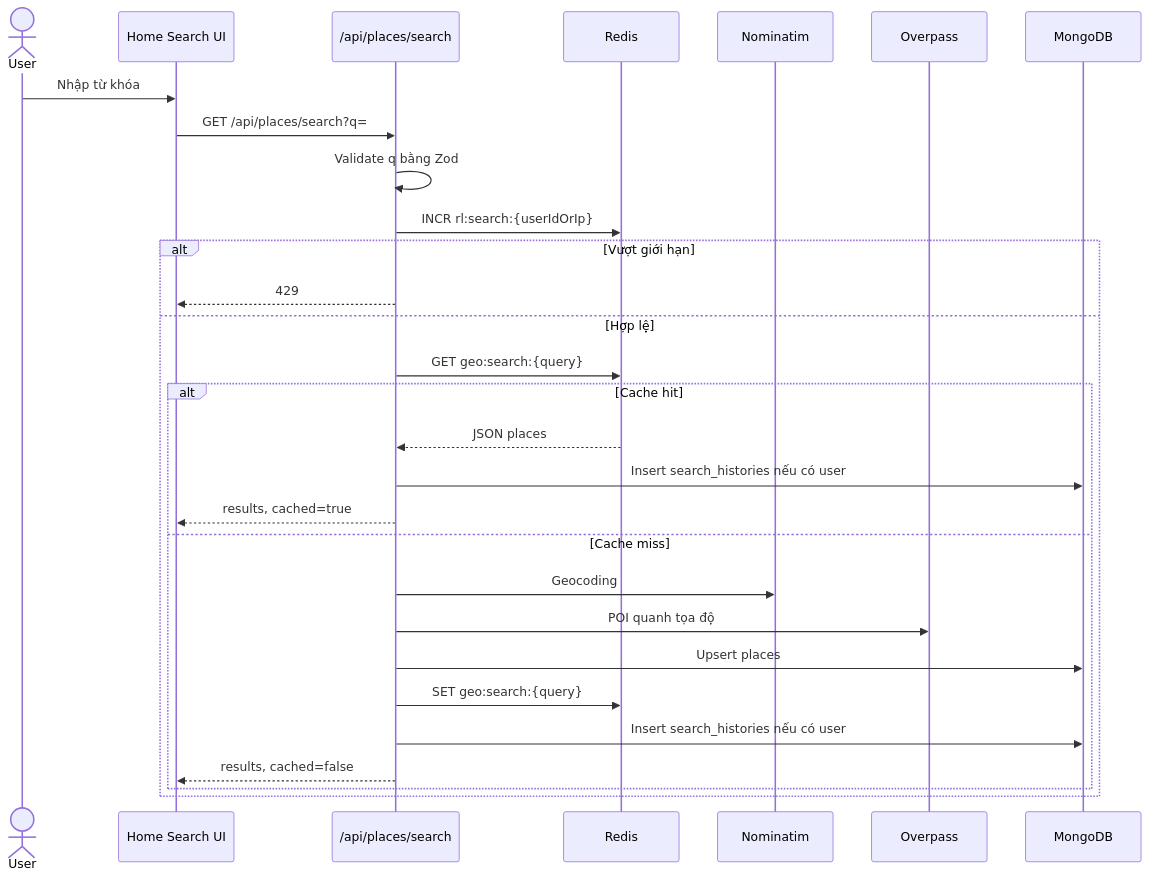
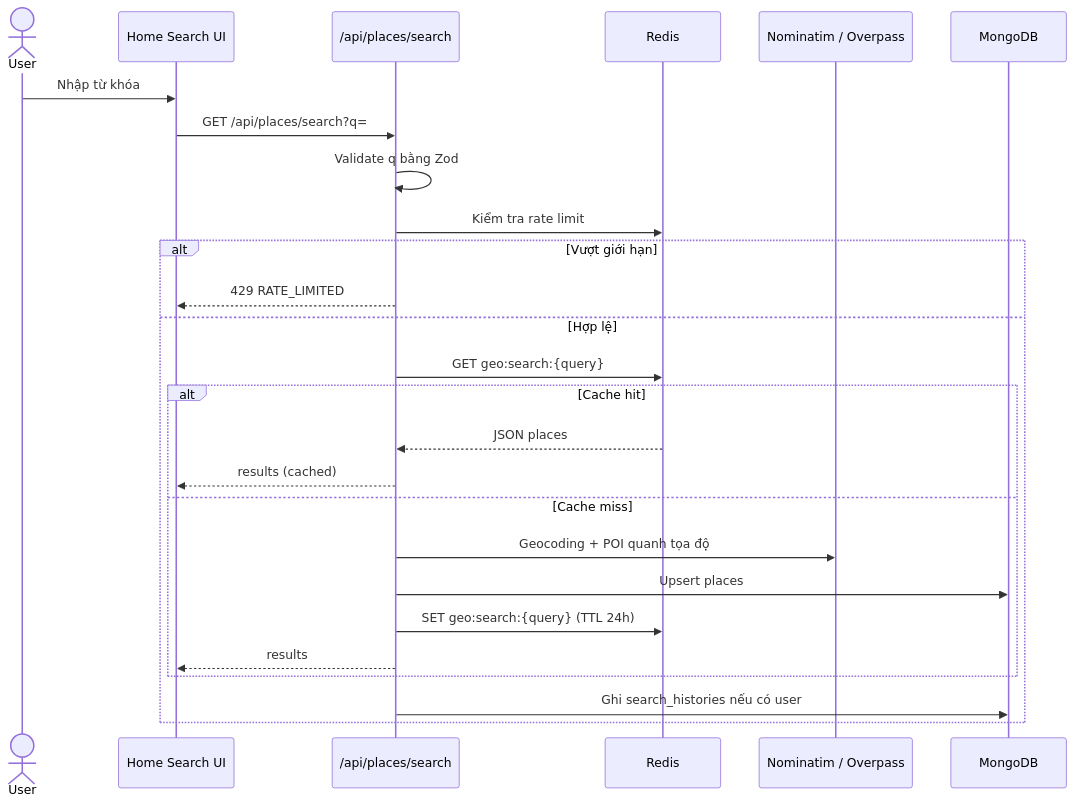
The first of 5 diagrams in docs/04_SEQUENCE.md (NguyenHoangPhuong275/dattcnpm), drawn with Mermaid before and after one commit. The commit also changed other lines of this file and 192 other files, not shown here.

````diff
--- a/docs/04_SEQUENCE.md
+++ b/docs/04_SEQUENCE.md
@@ -7,32 +9,29 @@
 ```mermaid
 sequenceDiagram
     actor User
     participant UI as Home Search UI
     participant API as /api/places/search
     participant Redis as Redis
-    participant Nominatim as Nominatim
-    participant Overpass as Overpass
+    participant OSM as Nominatim / Overpass
     participant Mongo as MongoDB
 
     User->>UI: Nhập từ khóa
     UI->>API: GET /api/places/search?q=
     API->>API: Validate q bằng Zod
-    API->>Redis: INCR rl:search:{userIdOrIp}
+    API->>Redis: Kiểm tra rate limit
     alt Vượt giới hạn
-        API-->>UI: 429
+        API-->>UI: 429 RATE_LIMITED
     else Hợp lệ
         API->>Redis: GET geo:search:{query}
         alt Cache hit
             Redis-->>API: JSON places
-            API->>Mongo: Insert search_histories nếu có user
-            API-->>UI: results, cached=true
+            API-->>UI: results (cached)
         else Cache miss
-            API->>Nominatim: Geocoding
-            API->>Overpass: POI quanh tọa độ
+            API->>OSM: Geocoding + POI quanh tọa độ
             API->>Mongo: Upsert places
-            API->>Redis: SET geo:search:{query}
-            API->>Mongo: Insert search_histories nếu có user
-            API-->>UI: results, cached=false
+            API->>Redis: SET geo:search:{query} (TTL 24h)
+            API-->>UI: results
         end
+        API->>Mongo: Ghi search_histories nếu có user
     end
 ```
````
